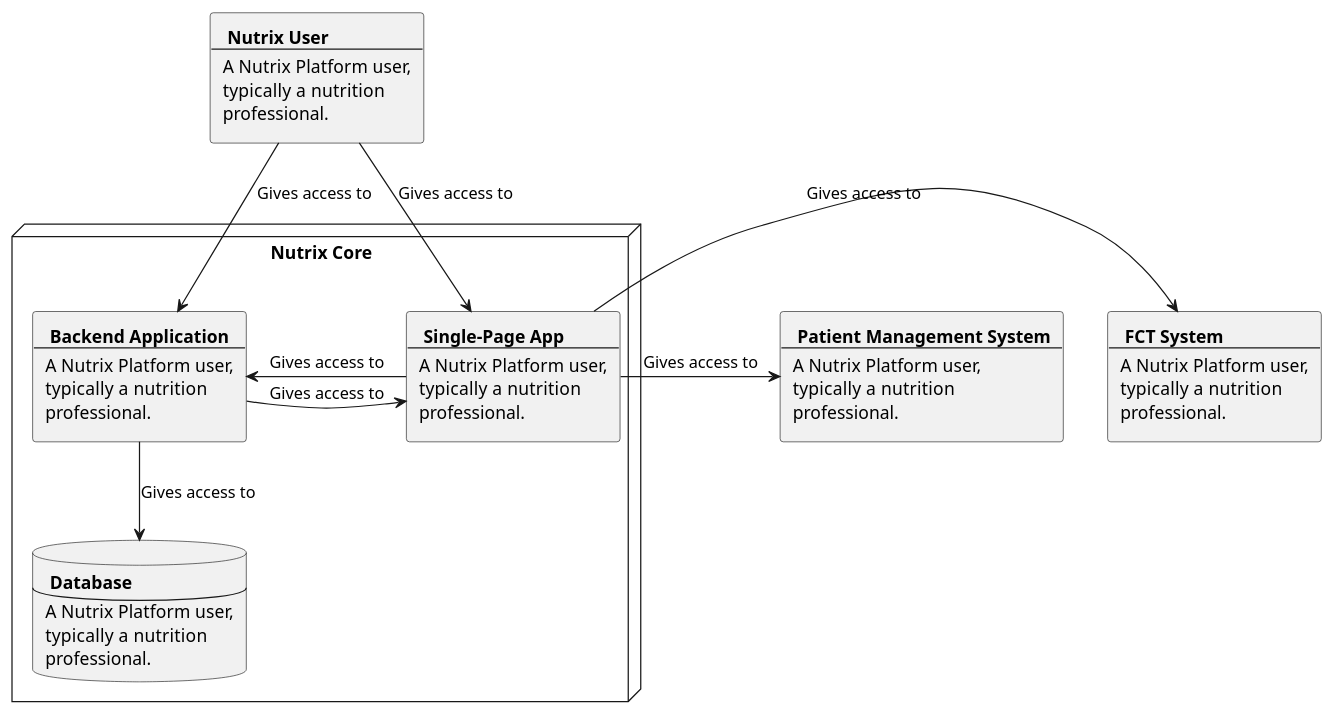
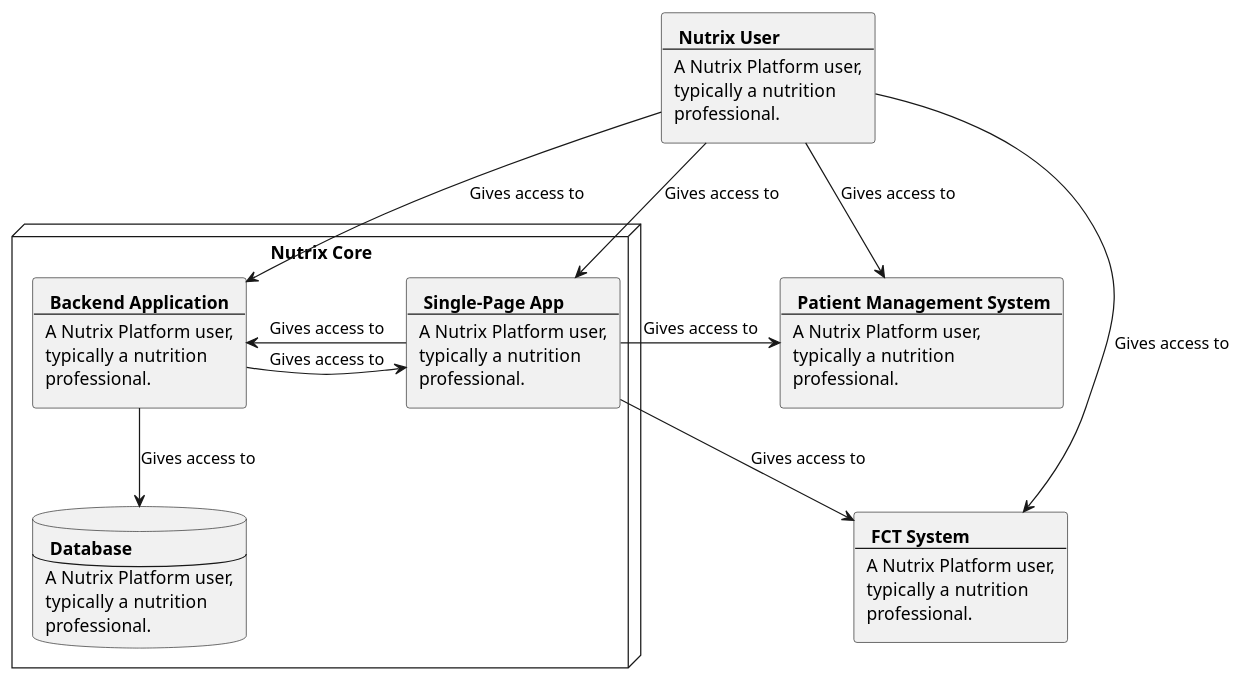
The diagram in Container.plantuml (josueMerino/practiceUML), drawn with PlantUML before and after one commit. The commit also changed 1 other file, not shown here.

```diff
--- a/Container.plantuml
+++ b/Container.plantuml
@@ -1,65 +1,67 @@
 @startuml
 
 
 rectangle nutrixUser[
     <b> Nutrix User 
     ----
     A Nutrix Platform user,
     typically  a nutrition
     professional.
 ]
 
 Node "Nutrix Core"{
 
 
 rectangle Backend_Application[
     <b> Backend Application
     ----
     A Nutrix Platform user,
     typically  a nutrition
     professional.
 ]
 
 rectangle Single_Page_App[
     <b> Single-Page App
     ----
     A Nutrix Platform user,
     typically  a nutrition
     professional.
 ]
 
 Database Database[
     <b> Database
     ----
     A Nutrix Platform user,
     typically  a nutrition
     professional.
 ]
 
 }
 
 rectangle Patient_Management_System[
     <b> Patient Management System
     ----
     A Nutrix Platform user,
     typically  a nutrition
     professional.
 ]
 
 rectangle FCT_System[
     <b> FCT System
     ----
     A Nutrix Platform user,
     typically  a nutrition
     professional.
 ]
 
 [nutrixUser] --> [Backend_Application]: Gives access to
 [nutrixUser] --> [Single_Page_App]: Gives access to
 [Backend_Application] --> [Database]: Gives access to
 [Backend_Application] <- [Single_Page_App]: Gives access to
 [Backend_Application] -> [Single_Page_App]: Gives access to
+[nutrixUser] --> [FCT_System]: Gives access to
+[nutrixUser] --> [Patient_Management_System]: Gives access to
+[Single_Page_App] --> [FCT_System]: Gives access to
 [Single_Page_App] -> [Patient_Management_System]: Gives access to
-[Single_Page_App] -> [FCT_System]: Gives access to
 
 @enduml
```
